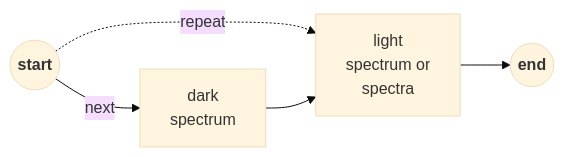
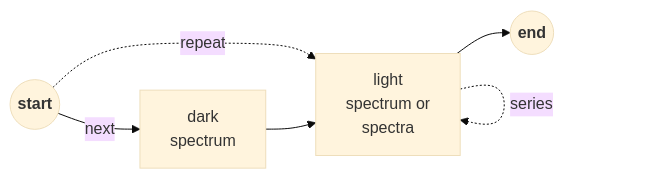
The tenth of 11 diagrams in pages/acq-irrad-tutorial.qmd (aphalo/r4p-blog), drawn with Mermaid (base theme) before and after one commit. The commit also changed other lines of this file and 1 other file, not shown here.

Commit message:
acq-irrad-tutorial add figure legends and edit

````diff
--- a/pages/acq-irrad-tutorial.qmd
+++ b/pages/acq-irrad-tutorial.qmd
@@ -348,6 +403,9 @@
 ```{mermaid}
+%%| label: fig-protocol-dl
+%%| fig-cap: Flow chart of the measurement steps for protocol _dark + light_ or `dl`.
 flowchart LR
   S((<b>start</b>)) --next--> A
   S -.repeat.-> C
   A[dark\nspectrum] --> C[light\nspectrum or\nspectra] --> E((<b>end</b>))
+  C -.series.-> C
 ```
````
